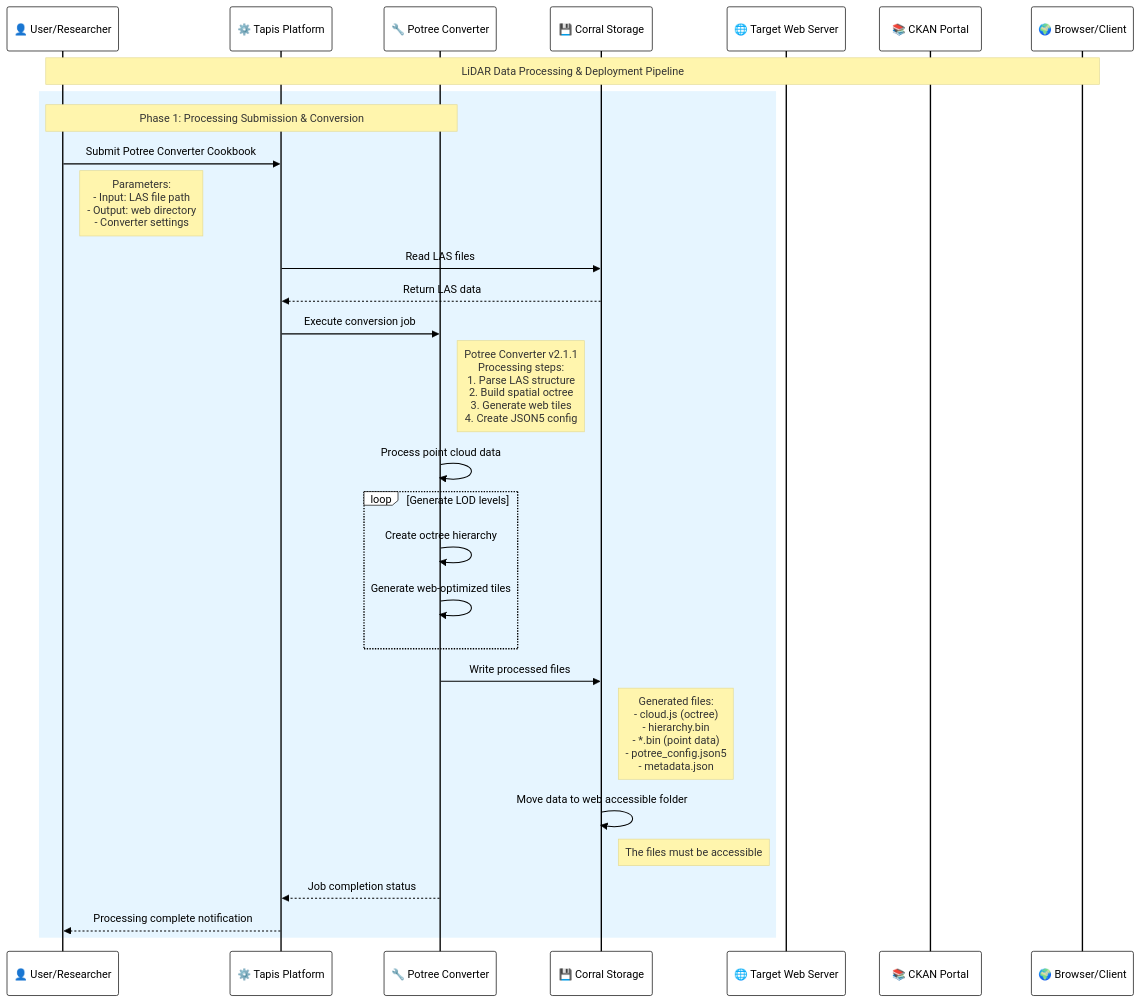
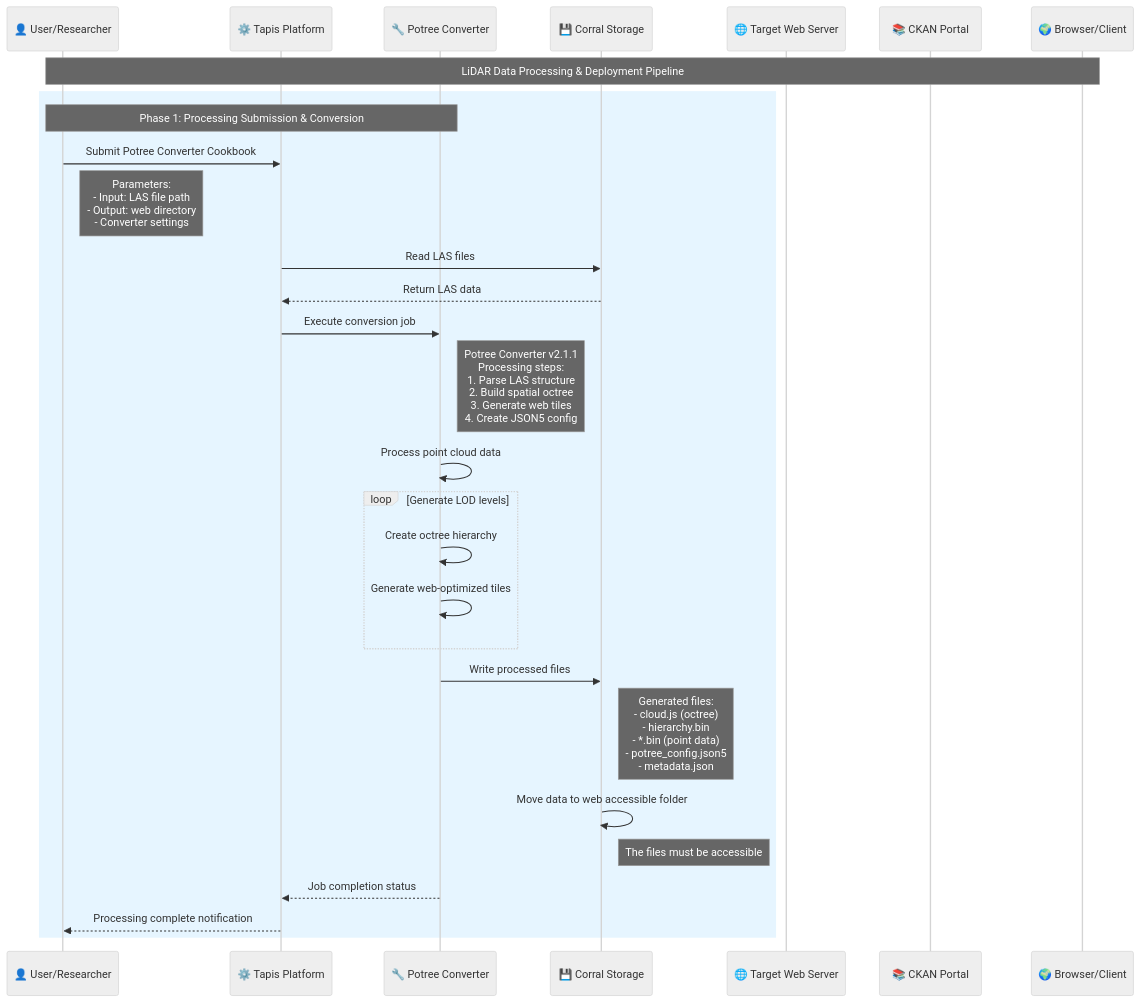
One commit to In-For-Disaster-Analytics/potree changed the first of 5 diagrams in README-pipeline.md. Above: the diagram before and after it, drawn with Mermaid. The commit also changed other lines of this file, not shown here.

````diff
--- a/README-pipeline.md
+++ b/README-pipeline.md
@@ -13,43 +13,43 @@
 ```mermaid
-%%{ init : { "theme" : "base", "themeVariables" : { "primaryColor" : "#fff", "primaryTextColor" : "#000", "primaryBorderColor" : "#000", "lineColor" : "#000", "secondaryColor" : "#f8f8f8", "tertiaryColor" : "#f0f0f0" }}}%%
+%%{ init : { "theme" : "neutral", "themeVariables" : { "primaryColor" : "#fff", "primaryTextColor" : "#000", "primaryBorderColor" : "#000", "lineColor" : "#000", "secondaryColor" : "#f8f8f8", "tertiaryColor" : "#f0f0f0" }}}%%
 sequenceDiagram
     participant User as 👤 User/Researcher
     participant Tapis as ⚙️ Tapis Platform
     participant Potree as 🔧 Potree Converter
     participant Corral as 💾 Corral Storage
     participant Target as 🌐 Target Web Server
     participant CKAN as 📚 CKAN Portal
     participant Browser as 🌍 Browser/Client
 
     Note over User,Browser: LiDAR Data Processing & Deployment Pipeline
 
     %% Processing Submission
     rect rgb(230, 245, 255)
         Note over User,Potree: Phase 1: Processing Submission & Conversion
         User->>Tapis: Submit  Potree Converter Cookbook
         Note right of User: Parameters:<br/>- Input: LAS file path<br/>- Output: web directory<br/>- Converter settings
 
         Tapis->>Corral: Read LAS files
         Corral-->>Tapis: Return LAS data
 
         Tapis->>Potree: Execute conversion job
         Note right of Potree: Potree Converter v2.1.1<br/>Processing steps:<br/>1. Parse LAS structure<br/>2. Build spatial octree<br/>3. Generate web tiles<br/>4. Create JSON5 config
 
         Potree->>Potree: Process point cloud data
         loop Generate LOD levels
             Potree->>Potree: Create octree hierarchy
             Potree->>Potree: Generate web-optimized tiles
         end
 
         Potree->>Corral: Write processed files
         Note right of Corral: Generated files:<br/>- cloud.js (octree)<br/>- hierarchy.bin<br/>- *.bin (point data)<br/>- potree_config.json5<br/>- metadata.json
 
 
         Corral->>Corral: Move data to web accessible folder
         Note right of Corral: The files must be accessible
 
         Potree-->>Tapis: Job completion status
         Tapis-->>User: Processing complete notification
     end
 
 ```
````
